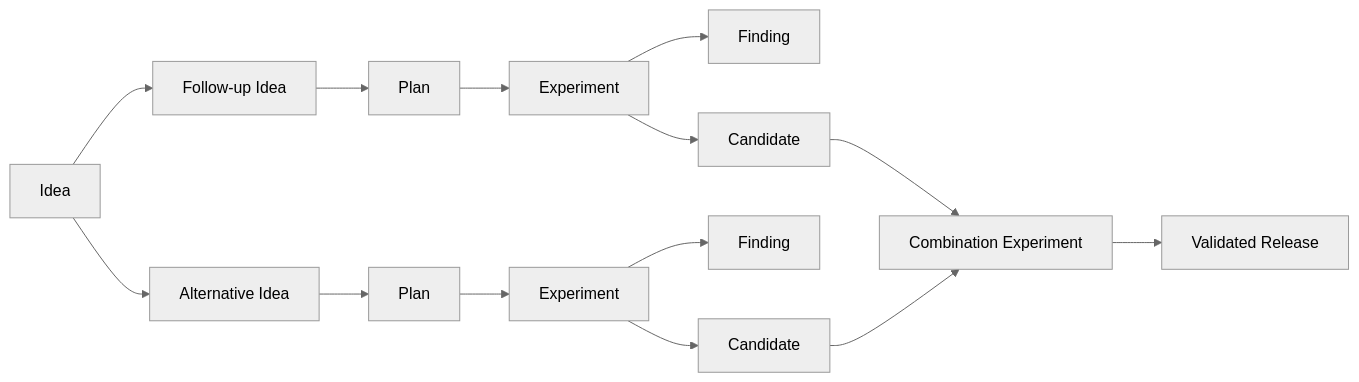
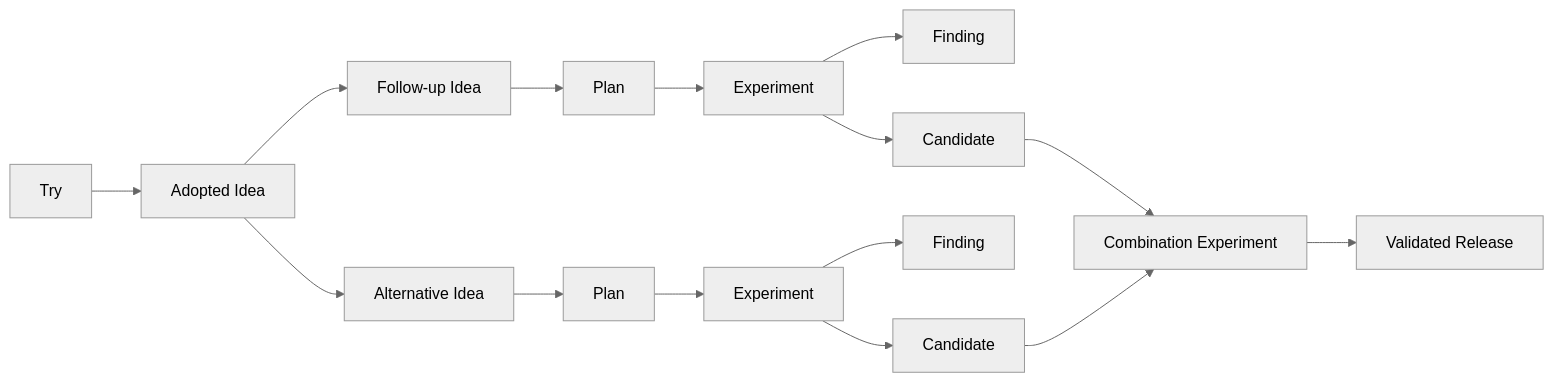
The second of 2 diagrams in docs/design/architecture.md (daviddwlee84/exp-cli), drawn with Mermaid (neutral theme) before and after one commit. The commit also changed other lines of this file and 262 other files, not shown here.

````diff
--- a/docs/design/architecture.md
+++ b/docs/design/architecture.md
@@ -73,16 +113,17 @@
 ```mermaid
 flowchart LR
-  I0[Idea] --> I1[Follow-up Idea]
+  T[Try] --> I0[Adopted Idea]
+  I0 --> I1[Follow-up Idea]
   I0 --> I2[Alternative Idea]
   I1 --> P1[Plan]
   I2 --> P2[Plan]
   P1 --> E1[Experiment]
   P2 --> E2[Experiment]
   E1 --> F1[Finding]
   E2 --> F2[Finding]
   E1 --> C1[Candidate]
   E2 --> C2[Candidate]
   C1 --> EC[Combination Experiment]
   C2 --> EC
   EC --> RC[Validated Release]
 ```
````
